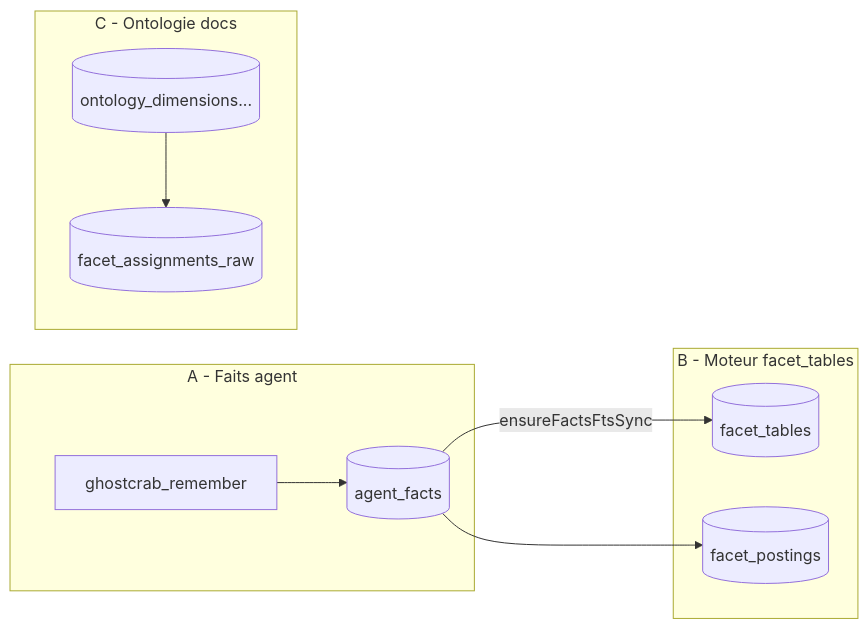
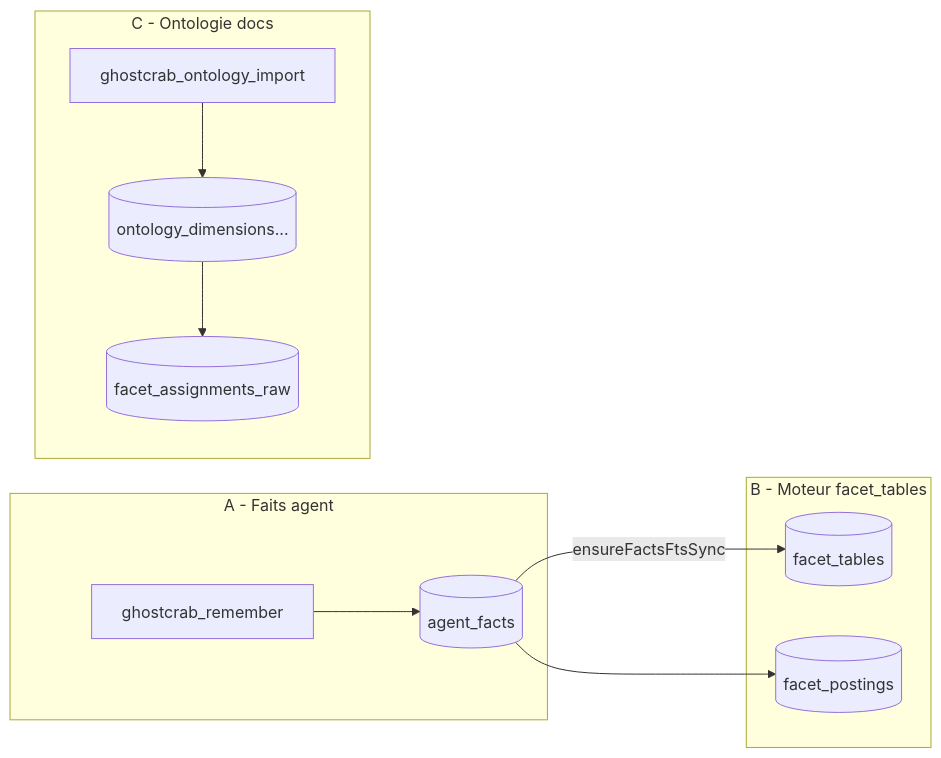
Before and after one commit to mindflight-orchestrator/ghostcrab-personal-mcp: the first of 2 diagrams in docs/explanation/03-memoire-mcp-facettes-graphe-projections.md, drawn with Mermaid. The commit also changed other lines of this file and 49 other files, not shown here.

Commit message:
feat: add MCP ontology import surface

````diff
--- a/docs/explanation/03-memoire-mcp-facettes-graphe-projections.md
+++ b/docs/explanation/03-memoire-mcp-facettes-graphe-projections.md
@@ -23,21 +23,23 @@
 ```mermaid
 flowchart LR
   subgraph agentFacts [A - Faits agent]
     Remember[ghostcrab_remember]
     FactsTable[(agent_facts)]
     Remember --> FactsTable
   end
 
   subgraph indexEngine [B - Moteur facet_tables]
     FacetTables[(facet_tables)]
     Postings[(facet_postings)]
     FactsTable -->|ensureFactsFtsSync| FacetTables
     FactsTable --> Postings
   end
 
   subgraph ontology [C - Ontologie docs]
+    OntologyImport[ghostcrab_ontology_import]
     OntologyTables[(ontology_dimensions...)]
     AssignRaw[(facet_assignments_raw)]
+    OntologyImport --> OntologyTables
     OntologyTables --> AssignRaw
   end
 ```
````
